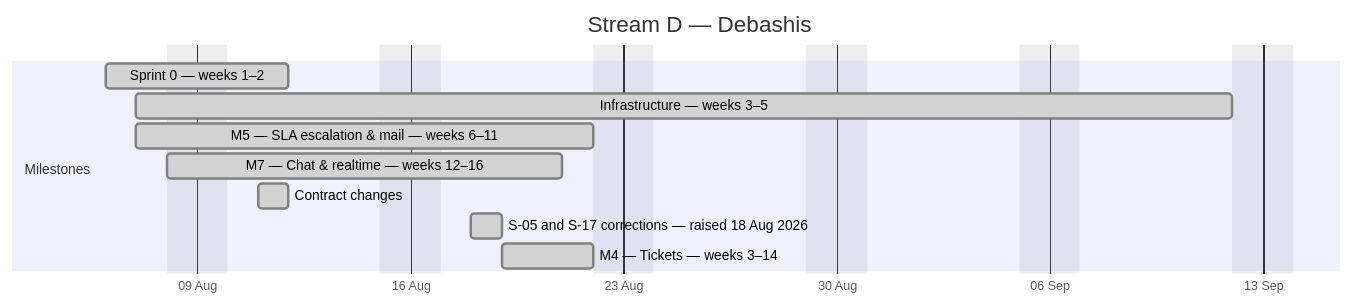
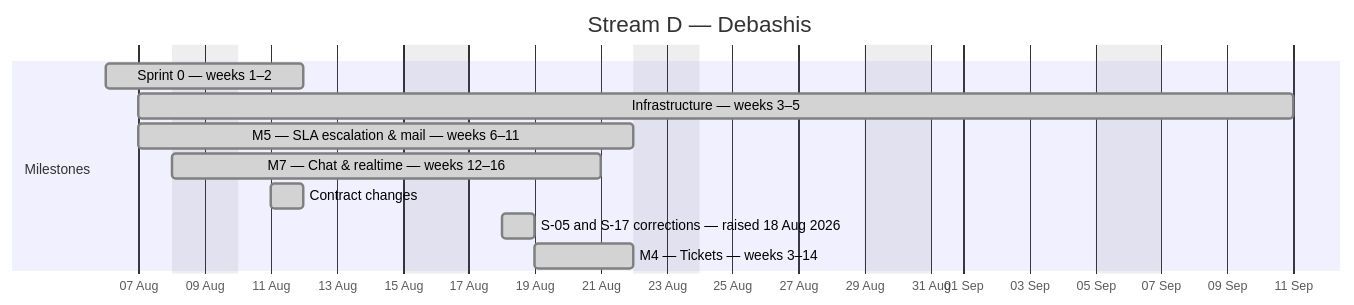
One commit to debashisedunext/EduTrack changed the fourth of 4 diagrams in docs/plan/GANTT.md. Above: the diagram before and after it, drawn with Mermaid. The commit also changed other lines of this file and 3 other files, not shown here.

````diff
--- a/docs/plan/GANTT.md
+++ b/docs/plan/GANTT.md
@@ -130,15 +130,15 @@
 ```mermaid
 gantt
     dateFormat YYYY-MM-DD
     axisFormat %d %b
     title Stream D — Debashis
     excludes weekends
     section Milestones
     Sprint 0 — weeks 1–2 :done, d0, 2026-08-06, 4d
-    Infrastructure — weeks 3–5 :done, d1, 2026-08-07, 26d
+    Infrastructure — weeks 3–5 :done, d1, 2026-08-07, 25d
     M5 — SLA  escalation & mail — weeks 6–11 :done, d2, 2026-08-07, 11d
     M7 — Chat & realtime — weeks 12–16 :done, d3, 2026-08-08, 10d
     Contract changes :done, d4, 2026-08-11, 1d
     S-05 and S-17 corrections — raised 18 Aug 2026 :done, d5, 2026-08-18, 1d
     M4 — Tickets — weeks 3–14 :done, d6, 2026-08-19, 3d
 ```
````
